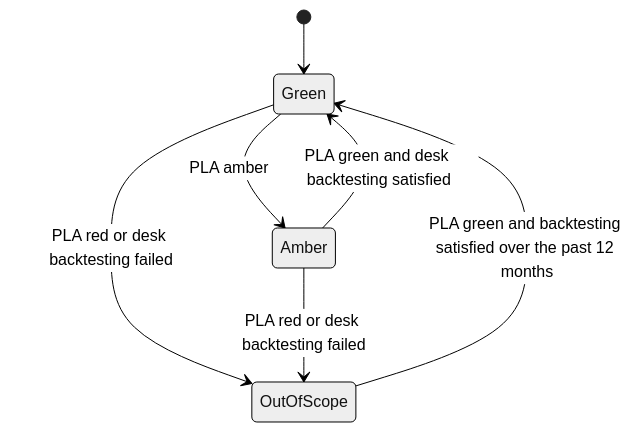
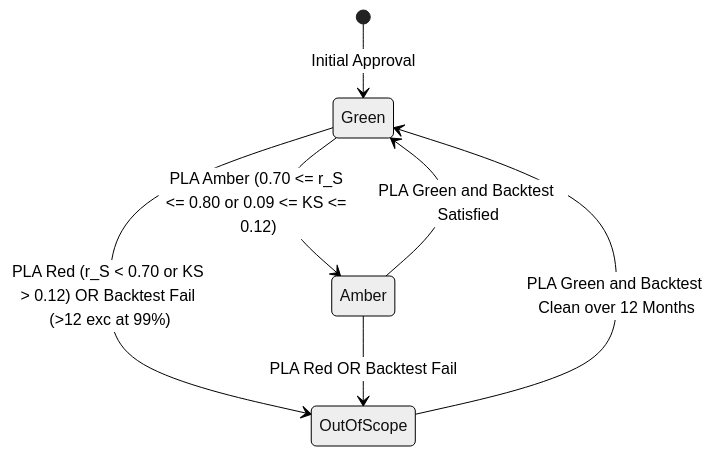
One commit to shreejitverma/The-Quant-Prep changed the third of 3 diagrams in 18-Pricing-and-Risk-Systems/10-FRTB-Engine.md. Above: the diagram before and after it, drawn with Mermaid (neutral theme). The commit also changed other lines of this file and 25 other files, not shown here.

````diff
--- a/18-Pricing-and-Risk-Systems/10-FRTB-Engine.md
+++ b/18-Pricing-and-Risk-Systems/10-FRTB-Engine.md
@@ -168,9 +168,9 @@
 ```mermaid
 stateDiagram-v2
-    [*] --> Green
-    Green --> Amber: PLA amber
-    Amber --> Green: PLA green and desk backtesting satisfied
-    Green --> OutOfScope: PLA red or desk backtesting failed
-    Amber --> OutOfScope: PLA red or desk backtesting failed
-    OutOfScope --> Green: PLA green and backtesting satisfied over the past 12 months
+    [*] --> Green: Initial Approval
+    Green --> Amber: PLA Amber (0.70 <= r_S <= 0.80 or 0.09 <= KS <= 0.12)
+    Amber --> Green: PLA Green and Backtest Satisfied
+    Green --> OutOfScope: PLA Red (r_S < 0.70 or KS > 0.12) OR Backtest Fail (>12 exc at 99%)
+    Amber --> OutOfScope: PLA Red OR Backtest Fail
+    OutOfScope --> Green: PLA Green and Backtest Clean over 12 Months
 ```
````
